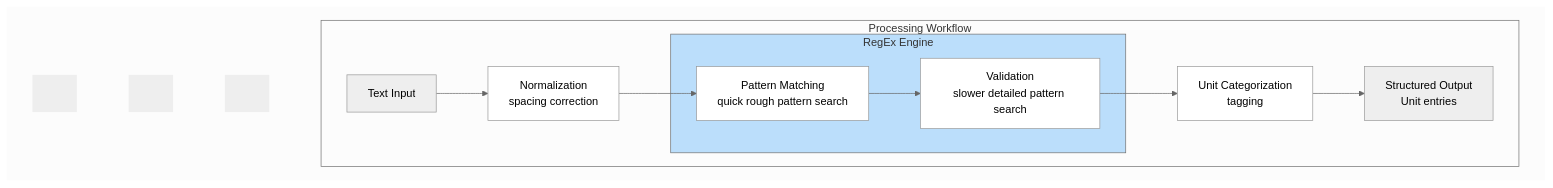
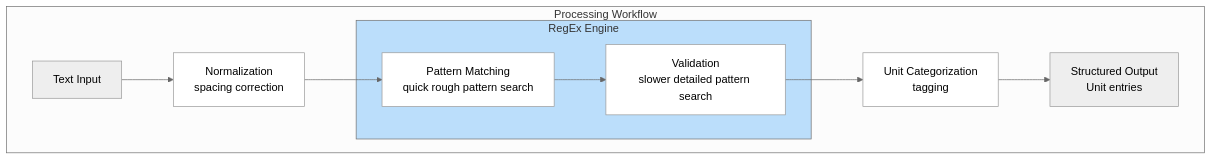
One commit to seanox/seanox-ai-nlp changed the diagram in seanox_ai_nlp/units/README.md. Above: the diagram before and after it, drawn with Mermaid.

Commit message:
#0000 Documentation: Update of content

````diff
--- a/seanox_ai_nlp/units/README.md
+++ b/seanox_ai_nlp/units/README.md
@@ -705,39 +705,27 @@
 ```mermaid
 ---
 config:
   theme: neutral
 ---
 flowchart TD
-    subgraph subGraphFrame[" &nbsp; "]
-        F1[" &nbsp; "]
-        F2[" &nbsp; "]
-        F3[" &nbsp; "]
-        subgraph subGraphWorkflow["Processing Workflow"]
-            A["Text Input"]
-            B["Normalization<br/>spacing correction"]
-            subgraph subGraphRegExEngine["RegEx Engine"]
-                C["Pattern Matching<br/>quick rough pattern search"]
-                D["Validation<br/>slower detailed pattern search"]
-            end
-            E["Unit Categorization<br/>tagging"]
-            F["Structured Output<br>Unit entries"]
+    subgraph subGraphWorkflow["Processing Workflow"]
+        A["Text Input"]
+        B["Normalization<br/>spacing correction"]
+        subgraph subGraphRegExEngine["RegEx Engine"]
+            C["Pattern Matching<br/>quick rough pattern search"]
+            D["Validation<br/>slower detailed pattern search"]
         end
+        E["Unit Categorization<br/>tagging"]
+        F["Structured Output<br>Unit entries"]
     end
-    F1 ~~~ F2
-    F2 ~~~ F3
-    F3 ~~~ A
     A --> B
     B --> C
     C --> D
     D --> E
     E --> F
     style subGraphRegExEngine fill:#BBDEFB  
     style B fill:#FFFFFF
     style C fill:#FFFFFF
     style D fill:#FFFFFF
     style E fill:#FFFFFF
-    style subGraphFrame fill:FFFFFF,stroke:#FFFFFF,stroke-width:0px,color:#FF0000
-    style F1 fill:FFFFFF,stroke-width:1px,stroke-dasharray: 0,stroke:none
-    style F2 fill:FFFFFF,stroke-width:1px,stroke-dasharray: 0,stroke:none
-    style F3 fill:FFFFFF,stroke-width:1px,stroke-dasharray: 0,stroke:none
 ```
````
